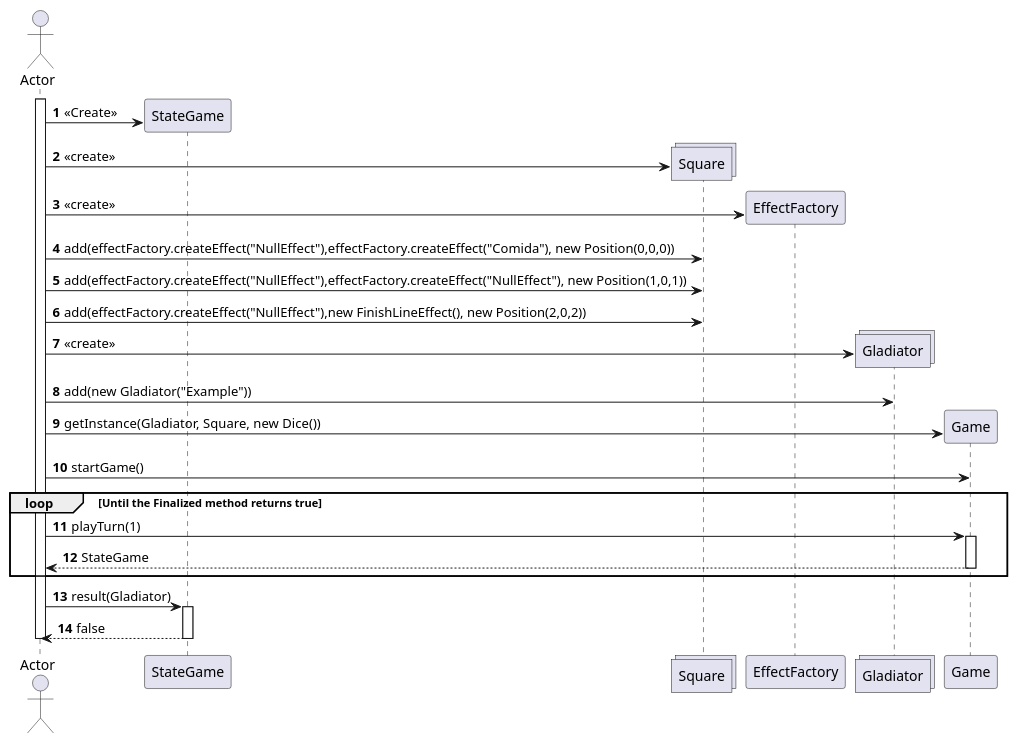
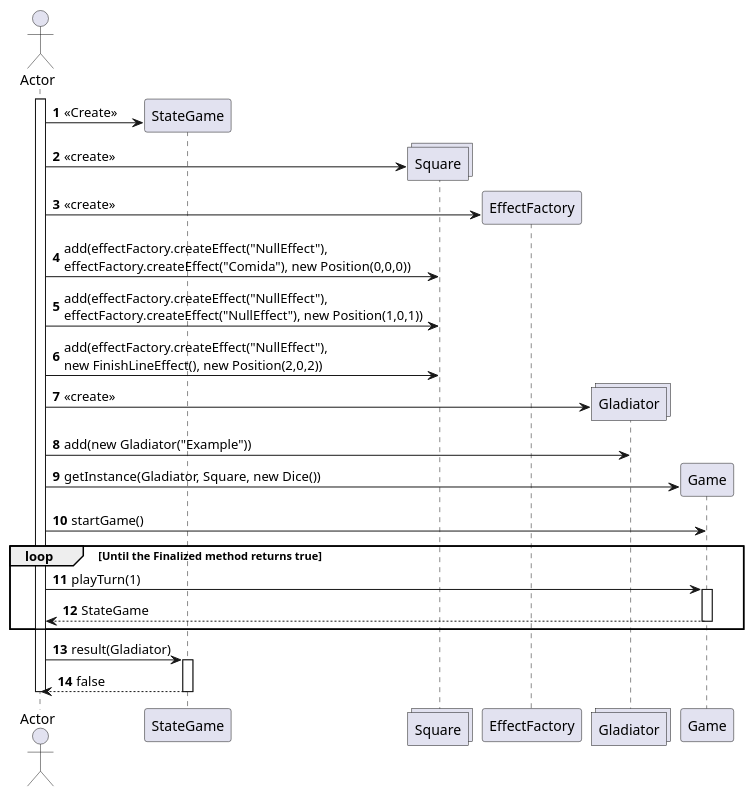
Before and after one commit to PabloGCH/tp2-algo3: the diagram in diagrams/sequences/useCase12.plantuml, drawn with PlantUML. The commit also changed 8 other files, not shown here.

Commit message:
MultiLines in sequence diagrams

```diff
--- a/diagrams/sequences/useCase12.plantuml
+++ b/diagrams/sequences/useCase12.plantuml
@@ -1,41 +1,41 @@
 @startuml
 
 autonumber
 actor Actor
 
 activate Actor
 
 create StateGame
 Actor -> StateGame: <<Create>>
 create collections Square
 Actor -> Square: <<create>>
 create EffectFactory
 Actor -> EffectFactory: <<create>>
-Actor -> Square: add(effectFactory.createEffect("NullEffect"),effectFactory.createEffect("Comida"), new Position(0,0,0))
-Actor -> Square: add(effectFactory.createEffect("NullEffect"),effectFactory.createEffect("NullEffect"), new Position(1,0,1))
-Actor -> Square: add(effectFactory.createEffect("NullEffect"),new FinishLineEffect(), new Position(2,0,2))
+Actor -> Square: add(effectFactory.createEffect("NullEffect"),\neffectFactory.createEffect("Comida"), new Position(0,0,0))
+Actor -> Square: add(effectFactory.createEffect("NullEffect"),\neffectFactory.createEffect("NullEffect"), new Position(1,0,1))
+Actor -> Square: add(effectFactory.createEffect("NullEffect"),\nnew FinishLineEffect(), new Position(2,0,2))
 
 create collections Gladiator
 Actor -> Gladiator: <<create>>
 Actor -> Gladiator: add(new Gladiator("Example"))
 
 create Game
 Actor -> Game: getInstance(Gladiator, Square, new Dice())
 
 Actor -> Game: startGame()
 
 loop Until the Finalized method returns true
 Actor -> Game: playTurn(1)
 activate Game
     Game --> Actor: StateGame
 deactivate Game
 end loop
 
 Actor -> StateGame: result(Gladiator)
 activate StateGame
     StateGame --> Actor: false
 deactivate StateGame
 
 deactivate Actor
 
 @enduml
```
